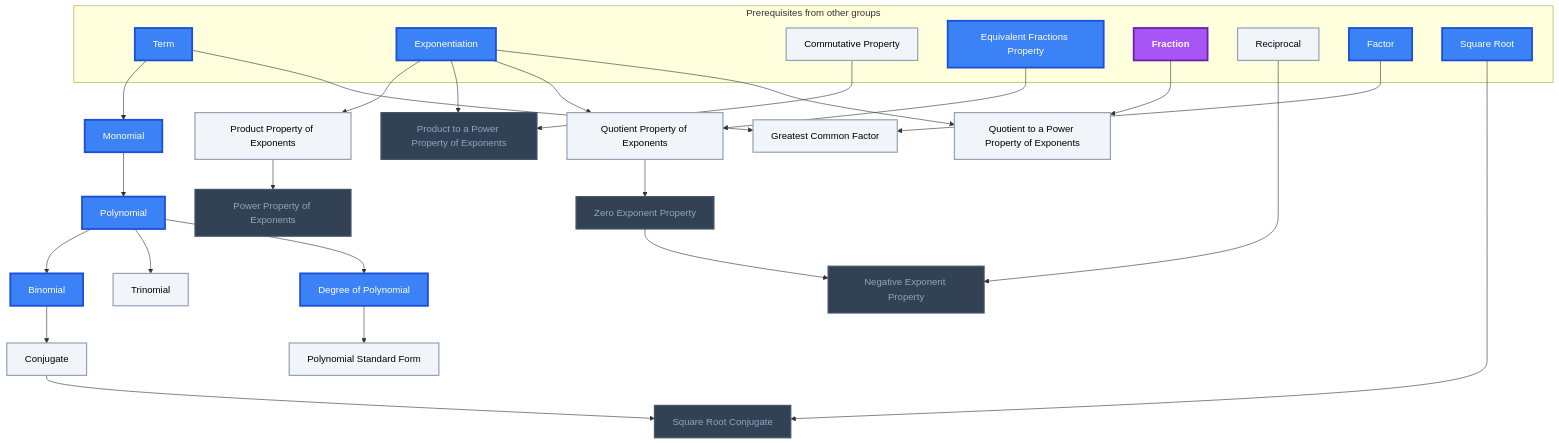
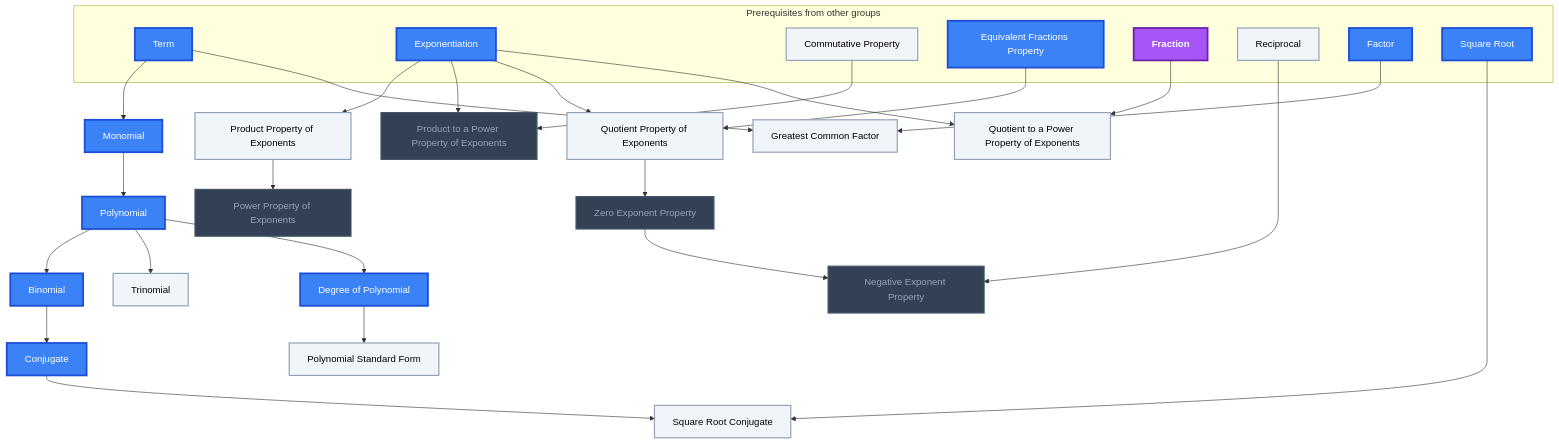
One commit to MRauf1/My-Notes changed the ninth of 10 diagrams in Gamification/Skill Trees/Pre-Algebra.md. Above: the diagram before and after it, drawn with Mermaid. The commit also changed other lines of this file and 57 other files, not shown here.

````diff
--- a/Gamification/Skill Trees/Pre-Algebra.md
+++ b/Gamification/Skill Trees/Pre-Algebra.md
@@ -493,65 +493,65 @@
 ```mermaid
 flowchart TD
     classDef planned fill:#1E293B,stroke:#64748B,stroke-width:2px,stroke-dasharray:5 5,color:#94A3B8;
     classDef locked fill:#334155,stroke:#475569,stroke-width:2px,color:#94A3B8;
     classDef L0 fill:#F1F5F9,stroke:#94A3B8,stroke-width:2px,color:#000000;
     classDef L1 fill:#22C55E,stroke:#15803D,stroke-width:2px,color:#000000;
     classDef L2 fill:#3B82F6,stroke:#1D4ED8,stroke-width:3px,color:#FFFFFF;
     classDef L3 fill:#A855F7,stroke:#6B21A8,stroke-width:3px,color:#FFFFFF,font-weight:bold;
     classDef L4 fill:#F97316,stroke:#C2410C,stroke-width:4px,color:#000000,font-weight:bold;
     classDef L5 fill:#FFD700,stroke:#FF8C00,stroke-width:5px,color:#000000,font-weight:bold;
     classDef rusty stroke:#8B4513,stroke-width:4px,stroke-dasharray:3 3;
     subgraph sg_prereqs["Prerequisites from other groups"]
         n_term["Term"]
         n_exponentiation["Exponentiation"]
         n_commutative_property["Commutative Property"]
         n_equivalent_fractions_property["Equivalent Fractions Property"]
         n_fraction["Fraction"]
         n_reciprocal["Reciprocal"]
         n_factor["Factor"]
         n_square_root["Square Root"]
     end
     n_monomial["Monomial"]
     n_polynomial["Polynomial"]
     n_binomial["Binomial"]
     n_trinomial["Trinomial"]
     n_degree_of_polynomial["Degree of Polynomial"]
     n_polynomial_standard_form["Polynomial Standard Form"]
     n_product_property_of_exponents["Product Property of Exponents"]
     n_power_property_of_exponents["Power Property of Exponents"]
     n_product_to_a_power_property_of_exponents["Product to a Power Property of Exponents"]
     n_quotient_property_of_exponents["Quotient Property of Exponents"]
     n_zero_exponent_property["Zero Exponent Property"]
     n_quotient_to_a_power_property_of_exponents["Quotient to a Power Property of Exponents"]
     n_negative_exponent_property["Negative Exponent Property"]
     n_greatest_common_factor["Greatest Common Factor"]
     n_conjugate["Conjugate"]
     n_square_root_conjugate["Square Root Conjugate"]
     n_term --> n_monomial
     n_monomial --> n_polynomial
     n_polynomial --> n_binomial
     n_polynomial --> n_trinomial
     n_polynomial --> n_degree_of_polynomial
     n_degree_of_polynomial --> n_polynomial_standard_form
     n_exponentiation --> n_product_property_of_exponents
     n_product_property_of_exponents --> n_power_property_of_exponents
     n_commutative_property --> n_product_to_a_power_property_of_exponents
     n_exponentiation --> n_product_to_a_power_property_of_exponents
     n_exponentiation --> n_quotient_property_of_exponents
     n_equivalent_fractions_property --> n_quotient_property_of_exponents
     n_quotient_property_of_exponents --> n_zero_exponent_property
     n_exponentiation --> n_quotient_to_a_power_property_of_exponents
     n_fraction --> n_quotient_to_a_power_property_of_exponents
     n_reciprocal --> n_negative_exponent_property
     n_zero_exponent_property --> n_negative_exponent_property
     n_term --> n_greatest_common_factor
     n_factor --> n_greatest_common_factor
     n_binomial --> n_conjugate
     n_square_root --> n_square_root_conjugate
     n_conjugate --> n_square_root_conjugate
-    class n_power_property_of_exponents,n_product_to_a_power_property_of_exponents,n_zero_exponent_property,n_negative_exponent_property,n_square_root_conjugate locked;
-    class n_commutative_property,n_reciprocal,n_trinomial,n_polynomial_standard_form,n_product_property_of_exponents,n_quotient_property_of_exponents,n_quotient_to_a_power_property_of_exponents,n_greatest_common_factor,n_conjugate L0;
-    class n_term,n_exponentiation,n_equivalent_fractions_property,n_factor,n_square_root,n_monomial,n_polynomial,n_binomial,n_degree_of_polynomial L2;
+    class n_power_property_of_exponents,n_product_to_a_power_property_of_exponents,n_zero_exponent_property,n_negative_exponent_property locked;
+    class n_commutative_property,n_reciprocal,n_trinomial,n_polynomial_standard_form,n_product_property_of_exponents,n_quotient_property_of_exponents,n_quotient_to_a_power_property_of_exponents,n_greatest_common_factor,n_square_root_conjugate L0;
+    class n_term,n_exponentiation,n_equivalent_fractions_property,n_factor,n_square_root,n_monomial,n_polynomial,n_binomial,n_degree_of_polynomial,n_conjugate L2;
     class n_fraction L3;
     class n_term,n_exponentiation,n_commutative_property,n_equivalent_fractions_property,n_fraction,n_reciprocal,n_factor,n_square_root,n_monomial,n_polynomial,n_binomial,n_trinomial,n_degree_of_polynomial,n_polynomial_standard_form,n_product_property_of_exponents,n_power_property_of_exponents,n_product_to_a_power_property_of_exponents,n_quotient_property_of_exponents,n_zero_exponent_property,n_quotient_to_a_power_property_of_exponents,n_negative_exponent_property,n_greatest_common_factor,n_conjugate,n_square_root_conjugate internal-link;
 ```
````
